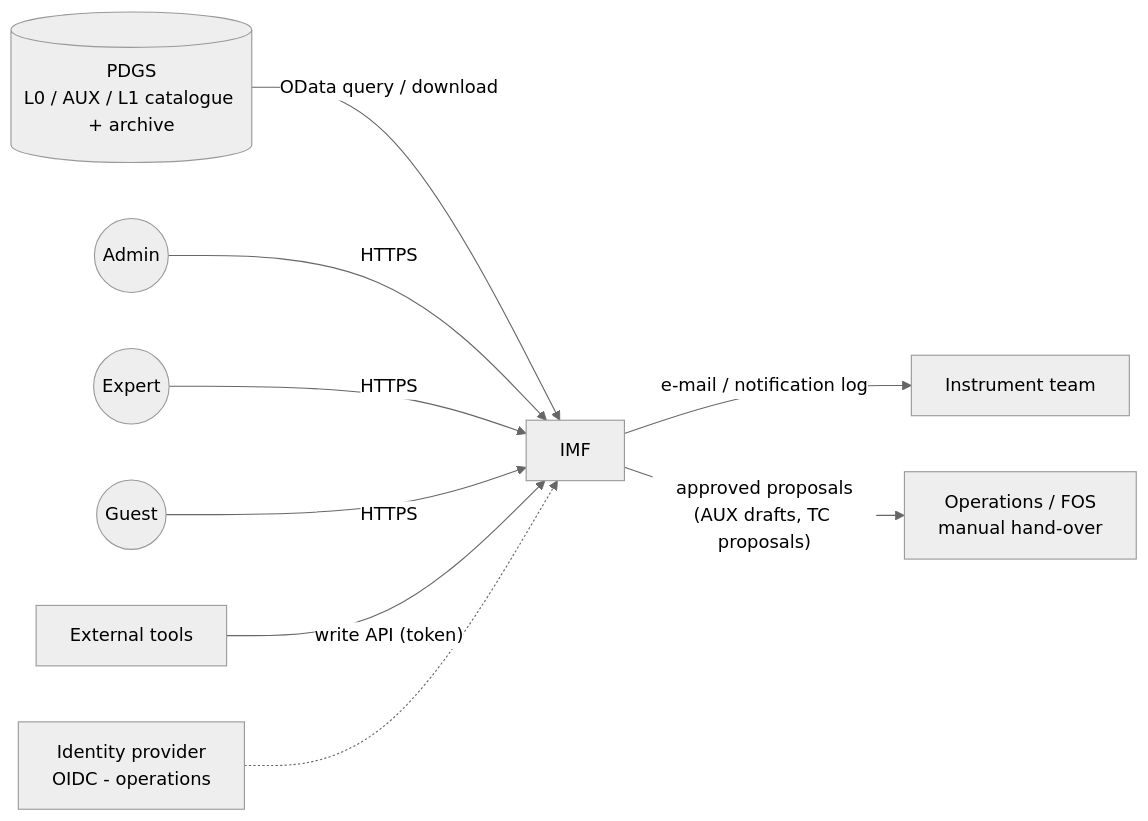
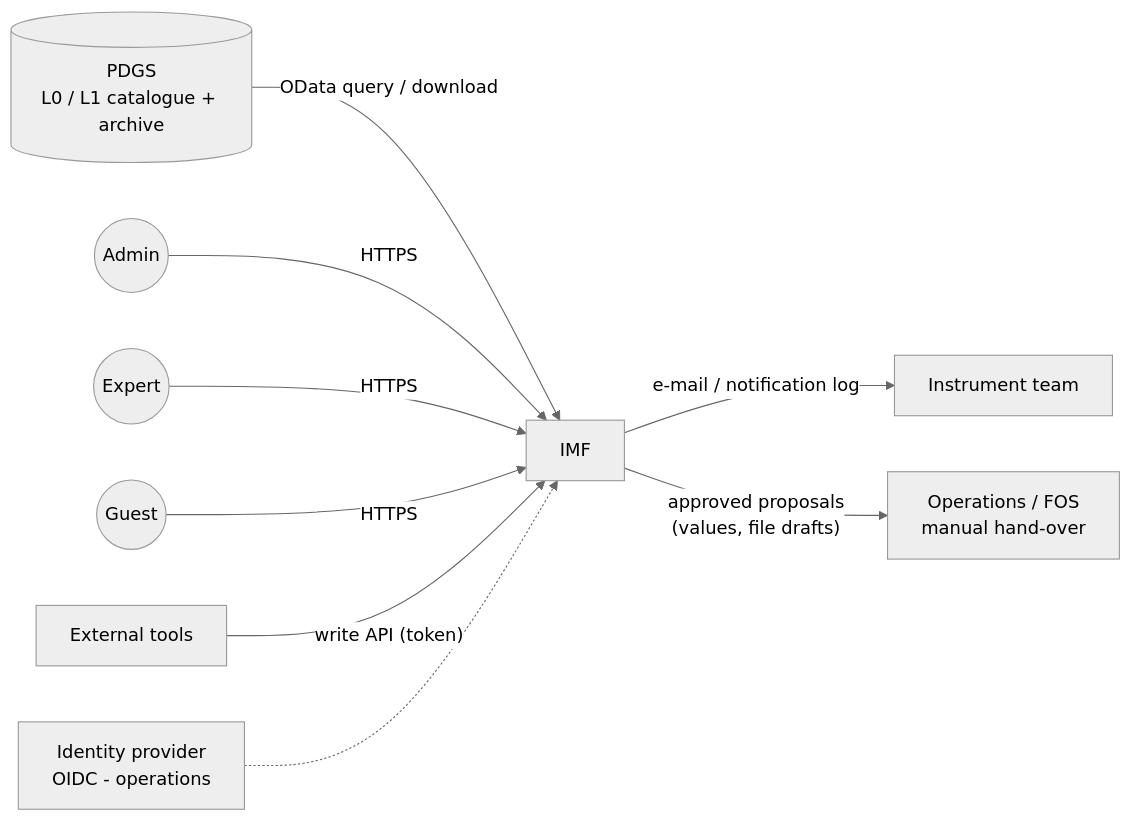
The first of 4 diagrams in docs/architecture.md (Sneakerx/fts-monitoring-demo), drawn with Mermaid (neutral theme) before and after one commit. The commit also changed other lines of this file and 47 other files, not shown here.

````diff
--- a/docs/architecture.md
+++ b/docs/architecture.md
@@ -26,11 +28,11 @@
 ```mermaid
 flowchart LR
-  PDGS[(PDGS<br/>L0 / AUX / L1 catalogue + archive)] -- "OData query / download" --> IMF
+  PDGS[(PDGS<br/>L0 / L1 catalogue + archive)] -- "OData query / download" --> IMF
   IMF -- "e-mail / notification log" --> Team[Instrument team]
-  IMF -- "approved proposals<br/>(AUX drafts, TC proposals)" --> Ops[Operations / FOS<br/>manual hand-over]
+  IMF -- "approved proposals<br/>(values, file drafts)" --> Ops[Operations / FOS<br/>manual hand-over]
   Admin((Admin)) -- HTTPS --> IMF
   Expert((Expert)) -- HTTPS --> IMF
   Guest((Guest)) -- HTTPS --> IMF
   Tool[External tools] -- "write API (token)" --> IMF
   IdP[Identity provider<br/>OIDC - operations] -.-> IMF
 ```
````
